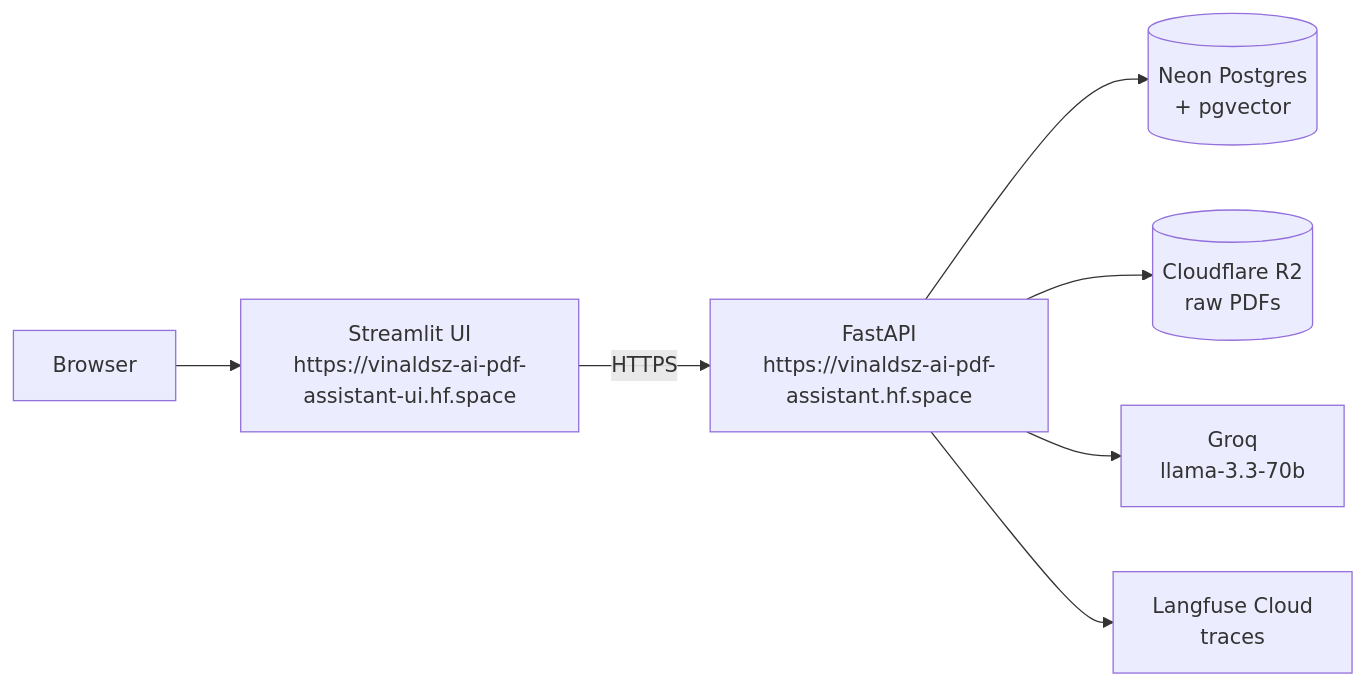
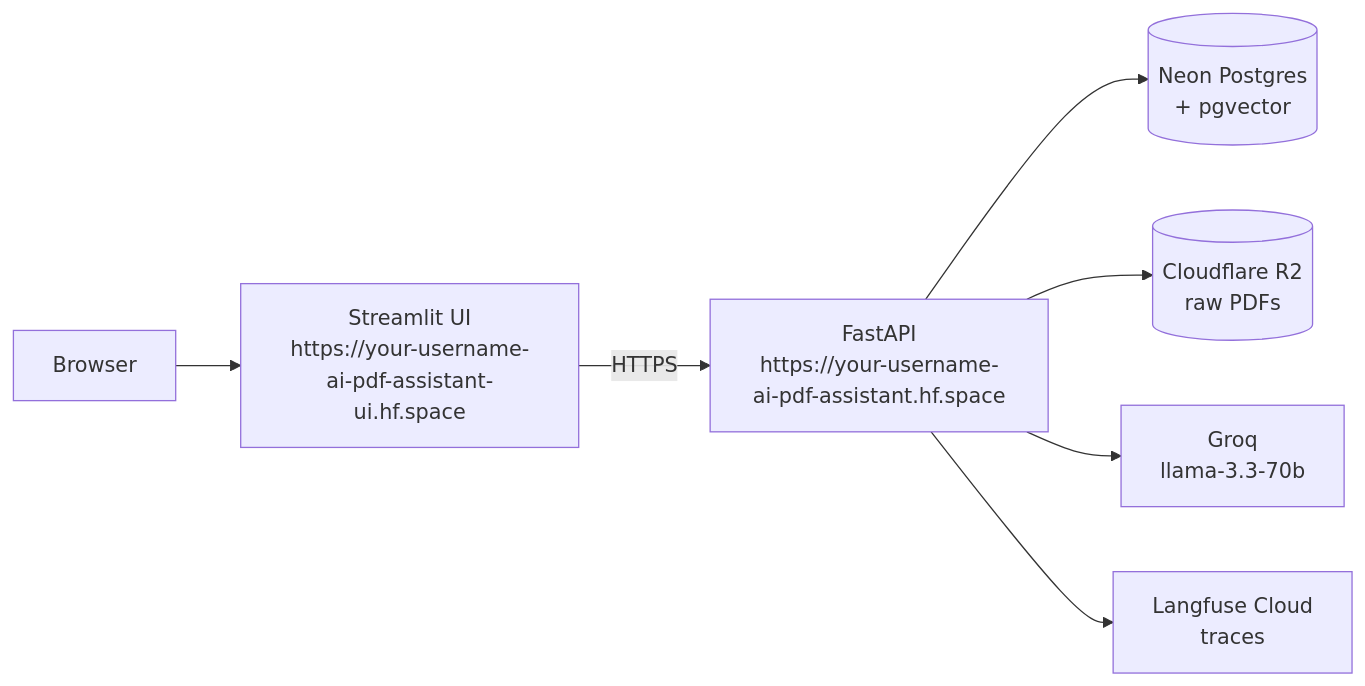
Before and after one commit to vinaldsz/ai-pdf-assistant: the diagram in README.md, drawn with Mermaid. The commit also changed other lines of this file, not shown here.

Commit message:
README: replace personal HF Space URLs with placeholders

````diff
--- a/README.md
+++ b/README.md
@@ -19,9 +9,9 @@
 ```mermaid
 flowchart LR
-    Browser["Browser"] --> UI["Streamlit UI\nhttps://vinaldsz-ai-pdf-assistant-ui.hf.space"]
-    UI -- HTTPS --> API["FastAPI\nhttps://vinaldsz-ai-pdf-assistant.hf.space"]
+    Browser["Browser"] --> UI["Streamlit UI\nhttps://your-username-ai-pdf-assistant-ui.hf.space"]
+    UI -- HTTPS --> API["FastAPI\nhttps://your-username-ai-pdf-assistant.hf.space"]
     API --> Neon[("Neon Postgres\n+ pgvector")]
     API --> R2[("Cloudflare R2\nraw PDFs")]
     API --> Groq["Groq\nllama-3.3-70b"]
     API --> Langfuse["Langfuse Cloud\ntraces"]
 ```
````
